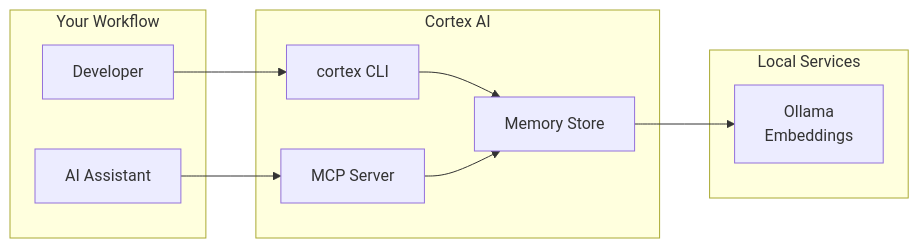
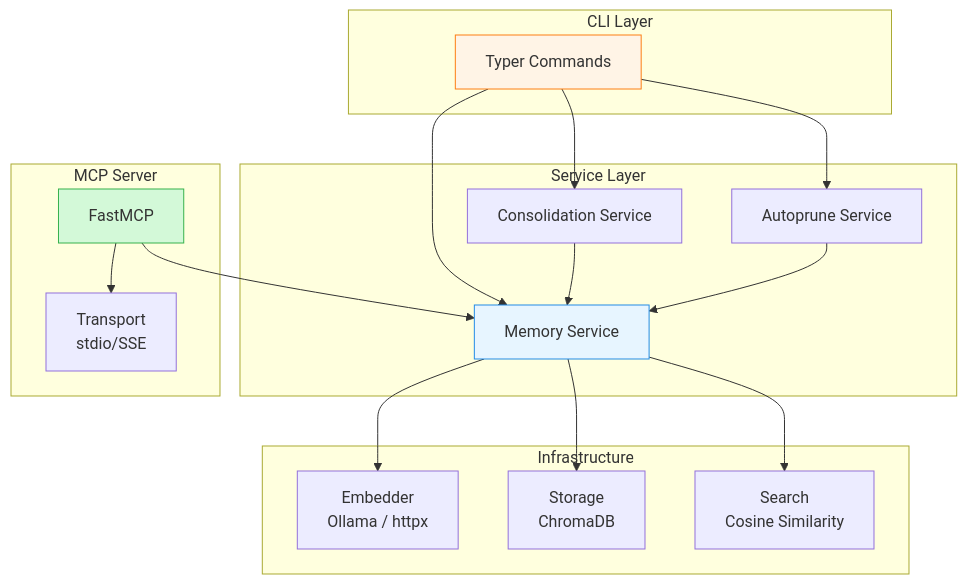
Before and after one commit to fmatsos/cortex: the fourth of 4 diagrams in README.md, drawn with Mermaid. The commit also changed other lines of this file and 97 other files, not shown here.

````diff
--- a/README.md
+++ b/README.md
@@ -5,23 +403,41 @@
 ```mermaid
-graph LR
-    subgraph "Your Workflow"
-        User["Developer"]
-        Agent["AI Assistant"]
+graph TB
+    subgraph "CLI Layer"
+        CLI[Typer Commands]
     end
 
-    subgraph "Cortex AI"
-        CLI["cortex CLI"]
-        MCP["MCP Server"]
-        Store["Memory Store"]
+    subgraph "Service Layer"
+        MS[Memory Service]
+        CS[Consolidation Service]
+        AS[Autoprune Service]
     end
 
-    subgraph "Local Services"
-        Ollama["Ollama<br/>Embeddings"]
+    subgraph "Infrastructure"
+        E[Embedder<br/>Ollama / httpx]
+        S[Storage<br/>ChromaDB]
+        SE[Search<br/>Cosine Similarity]
     end
 
-    User --> CLI
-    Agent --> MCP
-    CLI --> Store
-    MCP --> Store
-    Store --> Ollama
+    subgraph "MCP Server"
+        MCP[FastMCP]
+        T[Transport<br/>stdio/SSE]
+    end
+
+    CLI --> MS
+    CLI --> CS
+    CLI --> AS
+
+    MS --> E
+    MS --> S
+    MS --> SE
+
+    CS --> MS
+    AS --> MS
+
+    MCP --> MS
+    MCP --> T
+
+    style CLI fill:#fff4e6,stroke:#fd7e14
+    style MS fill:#e7f5ff,stroke:#228be6
+    style MCP fill:#d3f9d8,stroke:#37b24d
 ```
````
